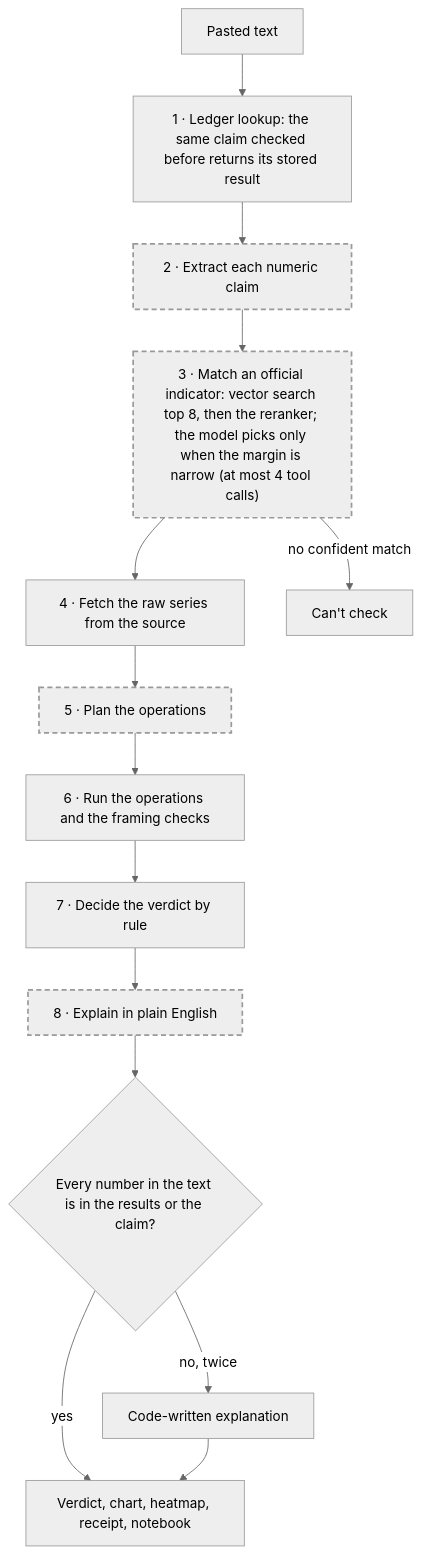
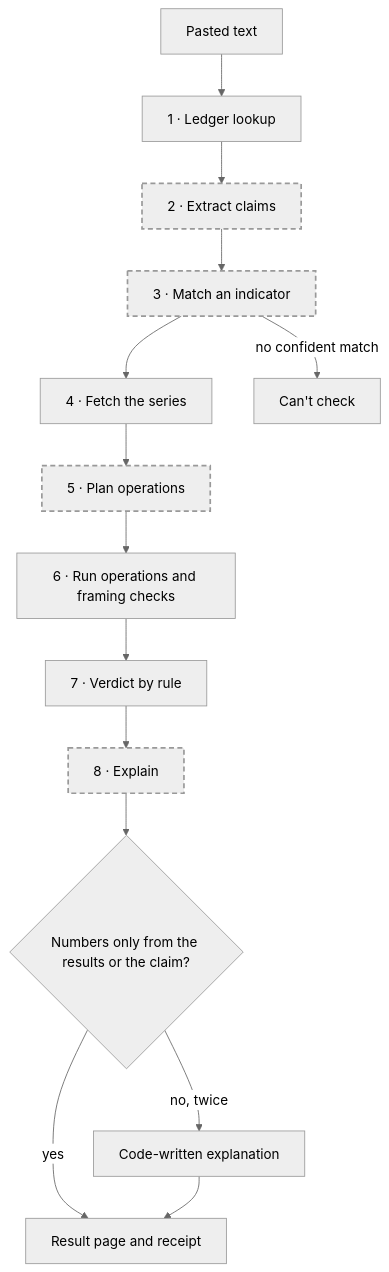
The first of 2 diagrams in README.md (sinahatami/holdsup), drawn with Mermaid (neutral theme) before and after one commit. The commit also changed other lines of this file, not shown here.

Commit message:
docs: shorter diagram labels so GitHub draws them at a readable size

````diff
--- a/README.md
+++ b/README.md
@@ -47,18 +47,18 @@
 ```mermaid
 flowchart TD
-    A["Pasted text"] --> L["1 · Ledger lookup: the same claim checked before returns its stored result"]
-    L --> E["2 · Extract each numeric claim"]
-    E --> M["3 · Match an official indicator: vector search top 8, then the reranker; the model picks only when the margin is narrow (at most 4 tool calls)"]
-    M --> F["4 · Fetch the raw series from the source"]
-    F --> P["5 · Plan the operations"]
-    P --> X["6 · Run the operations and the framing checks"]
-    X --> V["7 · Decide the verdict by rule"]
-    V --> W["8 · Explain in plain English"]
-    W --> C{"Every number in the text is in the results or the claim?"}
-    C -->|yes| R["Verdict, chart, heatmap, receipt, notebook"]
+    A["Pasted text"] --> L["1 · Ledger lookup"]
+    L --> E["2 · Extract claims"]
+    E --> M["3 · Match an indicator"]
+    M --> F["4 · Fetch the series"]
+    F --> P["5 · Plan operations"]
+    P --> X["6 · Run operations and framing checks"]
+    X --> V["7 · Verdict by rule"]
+    V --> W["8 · Explain"]
+    W --> C{"Numbers only from the results or the claim?"}
+    C -->|yes| R["Result page and receipt"]
     C -->|"no, twice"| T["Code-written explanation"] --> R
     M -->|no confident match| N["Can't check"]
 
     classDef model stroke-dasharray: 6 4, stroke-width: 2px
     class E,M,P,W model
 ```
````
